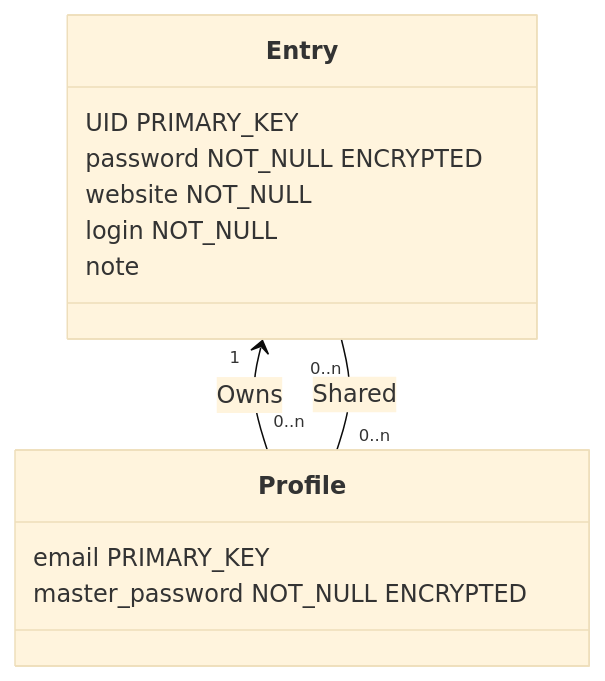
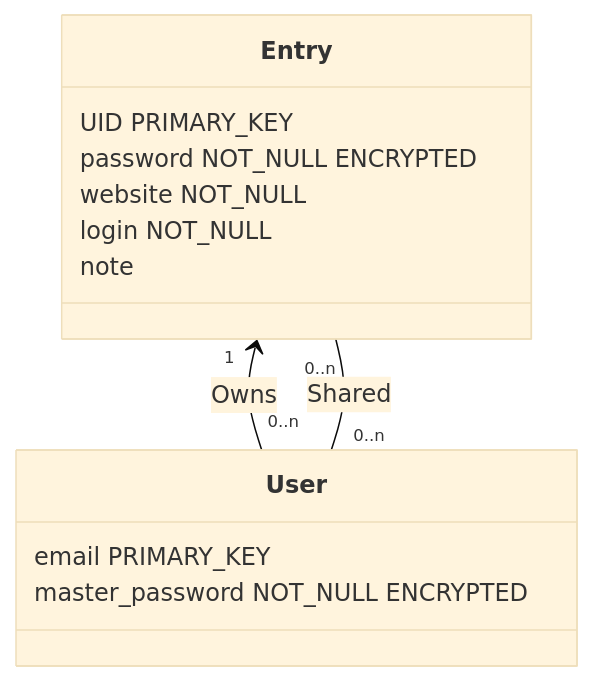
Before and after one commit to EllLG1211/Rossignol: the diagram in Documentation/conception/Initial design/SimpleClassDiagram/database_mcd.mermaid.md, drawn with Mermaid (base theme). The commit also changed 1 other file, not shown here.

Commit message:
#4 forgot file

````diff
--- a/Documentation/conception/Initial design/SimpleClassDiagram/database_mcd.mermaid.md
+++ b/Documentation/conception/Initial design/SimpleClassDiagram/database_mcd.mermaid.md
@@ -1,18 +1,18 @@
 ```mermaid
 classDiagram
 
-class Profile{
+class User{
     email PRIMARY_KEY
     master_password NOT_NULL ENCRYPTED
 }
 class Entry{
     UID PRIMARY_KEY
     password NOT_NULL ENCRYPTED
     website NOT_NULL
     login NOT_NULL
     note
 }
-Entry "1"<--"0..n" Profile : Owns
-Entry "0..n"--"0..n" Profile : Shared
+Entry "1"<--"0..n" User : Owns
+Entry "0..n"--"0..n" User : Shared
 
 ```
````
